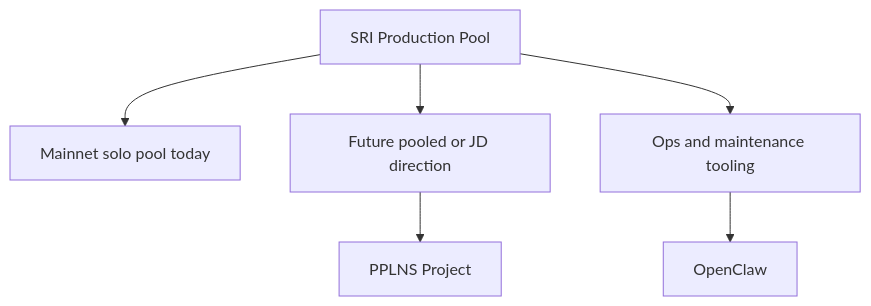
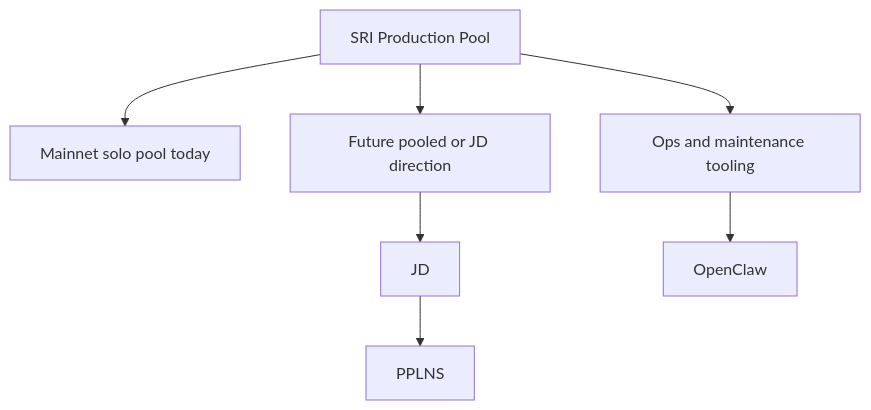
One commit to plebhash/obsidian changed the diagram in 15 Projects/SRI Production Pool.md. Above: the diagram before and after it, drawn with Mermaid. The commit also changed other lines of this file and 13 other files, not shown here.

````diff
--- a/15 Projects/SRI Production Pool.md
+++ b/15 Projects/SRI Production Pool.md
@@ -55,8 +61,9 @@
 ```mermaid
 flowchart TD
     A["SRI Production Pool"] --> B["Mainnet solo pool today"]
     A --> C["Future pooled or JD direction"]
-    C --> D["PPLNS Project"]
-    A --> E["Ops and maintenance tooling"]
-    E --> F["OpenClaw"]
+    C --> D["JD"]
+    D --> E["PPLNS"]
+    A --> F["Ops and maintenance tooling"]
+    F --> G["OpenClaw"]
 ```
````
